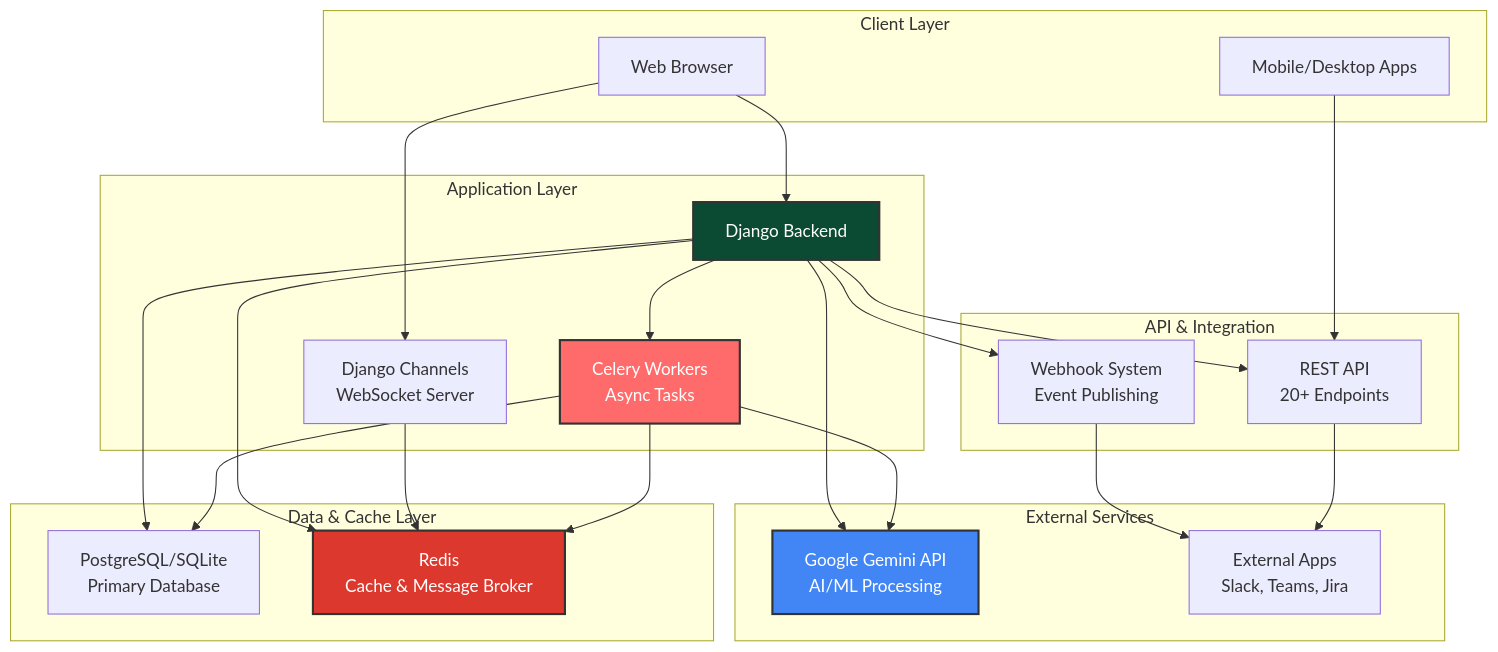
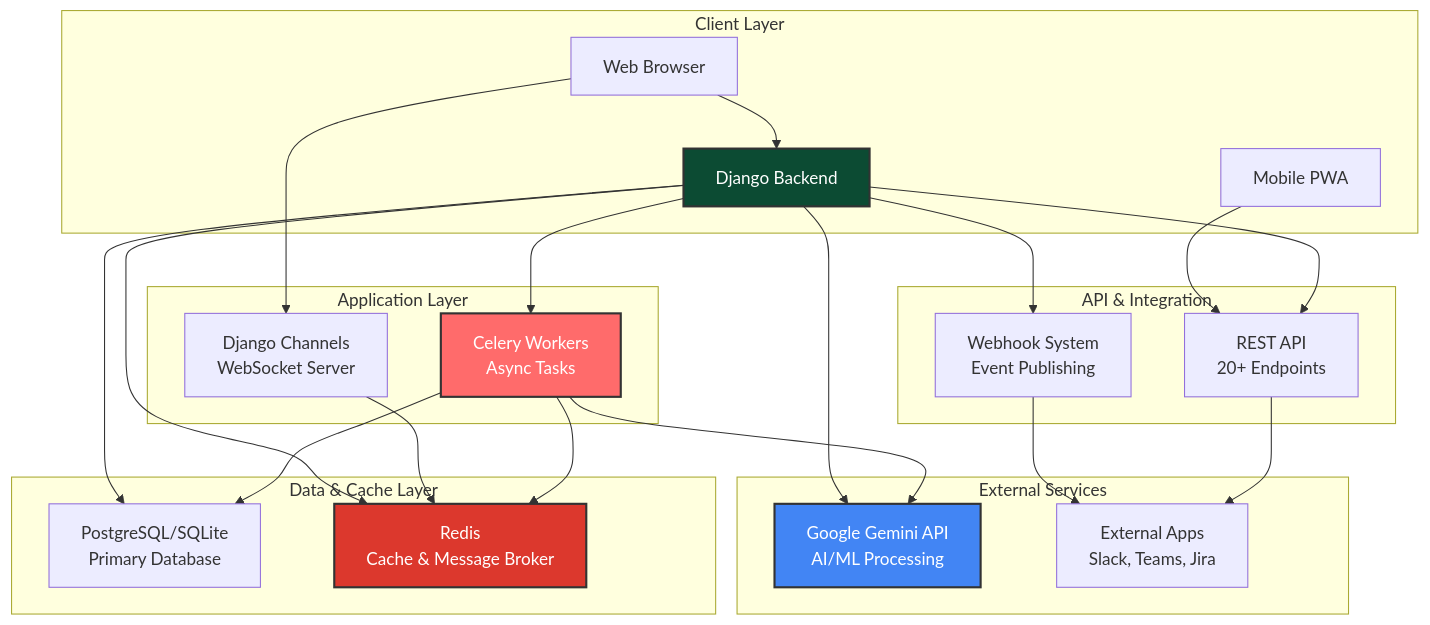
Before and after one commit to paulavishek/PrizmAI: the diagram in README.md, drawn with Mermaid. The commit also changed other lines of this file, not shown here.

Commit message:
feat: Enhance README with Mobile PWA support details and setup guide

````diff
--- a/README.md
+++ b/README.md
@@ -141,49 +145,50 @@
 ```mermaid
 graph TB
     subgraph "Client Layer"
         A[Web Browser]
-        B[Mobile/Desktop Apps]
+        B[Mobile PWA]
+        C[Mobile/Desktop Apps]
     end
     
     subgraph "Application Layer"
         C[Django Backend]
         D[Django Channels<br/>WebSocket Server]
         E[Celery Workers<br/>Async Tasks]
     end
     
     subgraph "API & Integration"
         F[REST API<br/>20+ Endpoints]
         G[Webhook System<br/>Event Publishing]
     end
     
     subgraph "External Services"
         H[Google Gemini API<br/>AI/ML Processing]
         I[External Apps<br/>Slack, Teams, Jira]
     end
     
     subgraph "Data & Cache Layer"
         J[PostgreSQL/SQLite<br/>Primary Database]
         K[Redis<br/>Cache & Message Broker]
     end
     
     A --> C
     A --> D
     B --> F
     C --> F
     C --> H
     C --> J
     C --> K
     D --> K
     E --> H
     E --> J
     E --> K
     C --> E
     G --> I
     C --> G
     F --> I
     
     style H fill:#4285f4,stroke:#333,stroke-width:2px,color:#fff
     style C fill:#0c4b33,stroke:#333,stroke-width:2px,color:#fff
     style E fill:#ff6b6b,stroke:#333,stroke-width:2px,color:#fff
     style K fill:#dc382d,stroke:#333,stroke-width:2px,color:#fff
 ```
````
